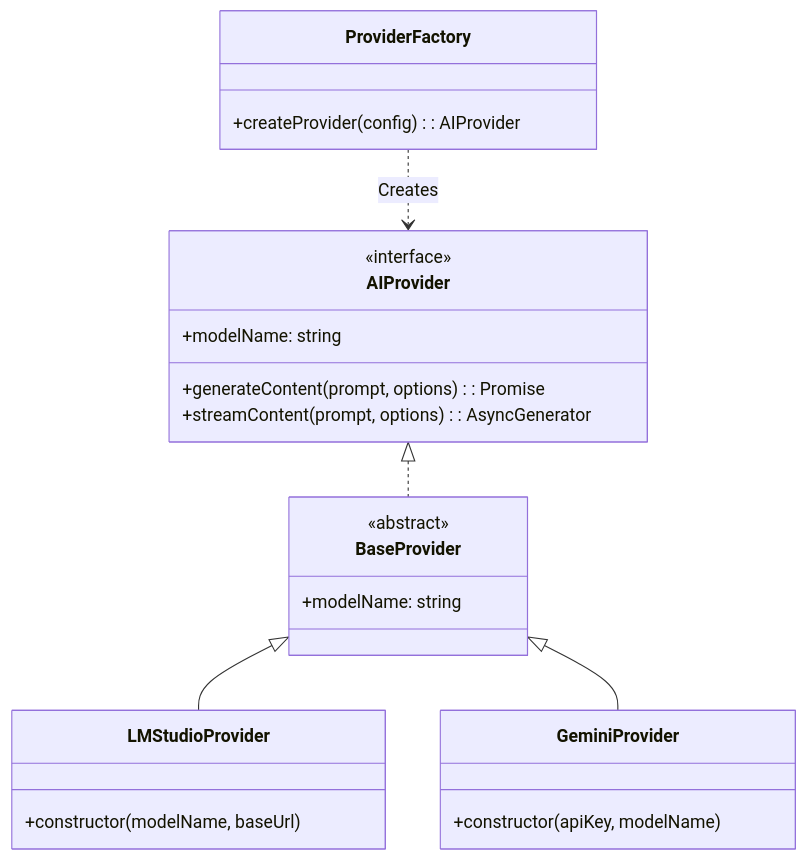
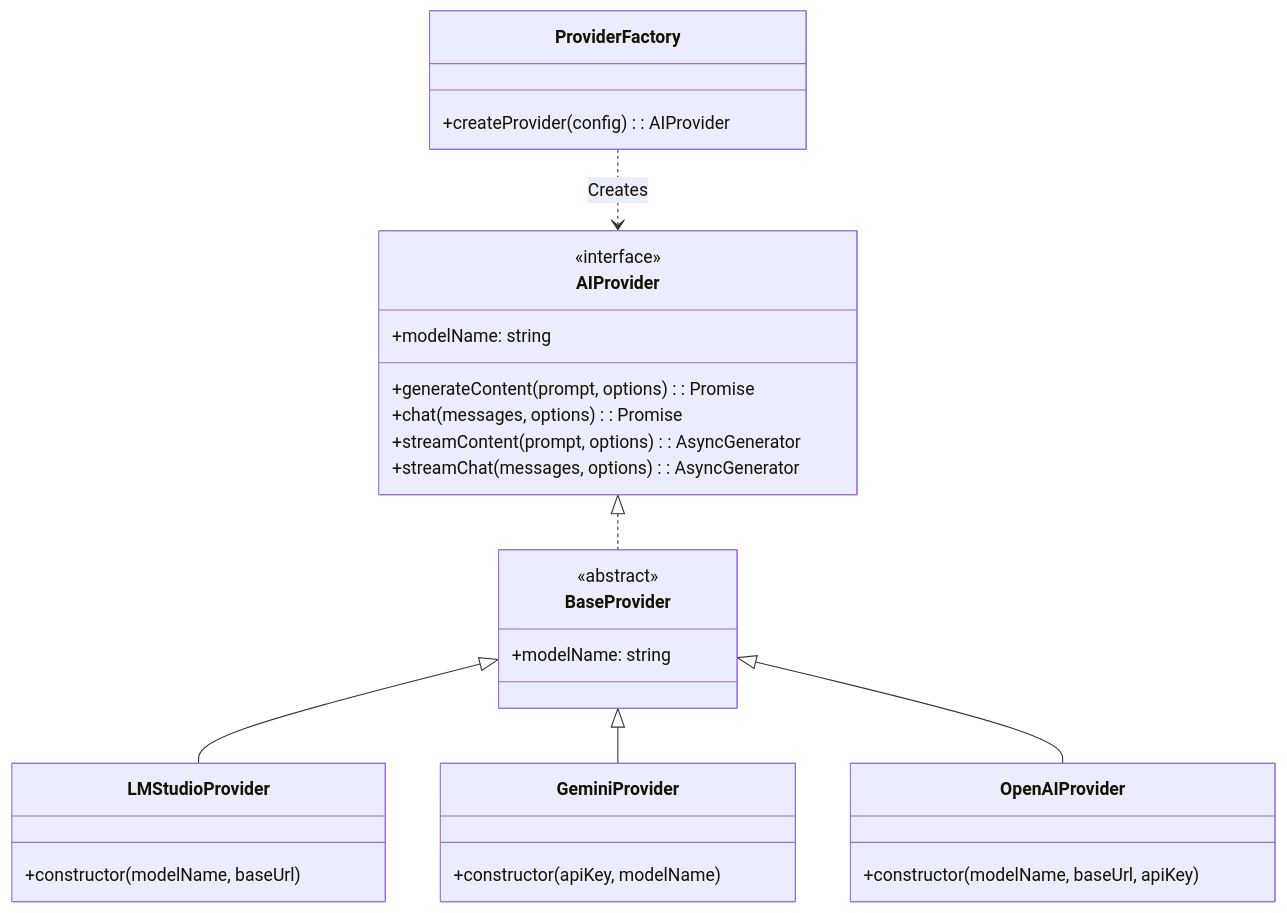
The diagram in docs/AI仕様書.md (mituha/novelaid-editor), drawn with Mermaid before and after one commit. The commit also changed other lines of this file and 11 other files, not shown here.

````diff
--- a/docs/AI仕様書.md
+++ b/docs/AI仕様書.md
@@ -15,31 +16,38 @@
 ```mermaid
 classDiagram
     class AIProvider {
         <<interface>>
         +modelName: string
         +generateContent(prompt, options): Promise<string>
-        +streamContent(prompt, options): AsyncGenerator<string>
+        +chat(messages, options): Promise<string>
+        +streamContent(prompt, options): AsyncGenerator<StreamChunk>
+        +streamChat(messages, options): AsyncGenerator<StreamChunk>
     }
 
     class BaseProvider {
         <<abstract>>
         +modelName: string
     }
 
     class LMStudioProvider {
         +constructor(modelName, baseUrl)
     }
 
     class GeminiProvider {
         +constructor(apiKey, modelName)
     }
+    
+    class OpenAIProvider {
+        +constructor(modelName, baseUrl, apiKey)
+    }
 
     class ProviderFactory {
         +createProvider(config): AIProvider
     }
 
     AIProvider <|.. BaseProvider
     BaseProvider <|-- LMStudioProvider
     BaseProvider <|-- GeminiProvider
+    BaseProvider <|-- OpenAIProvider
     ProviderFactory ..> AIProvider : Creates
 ```
````
